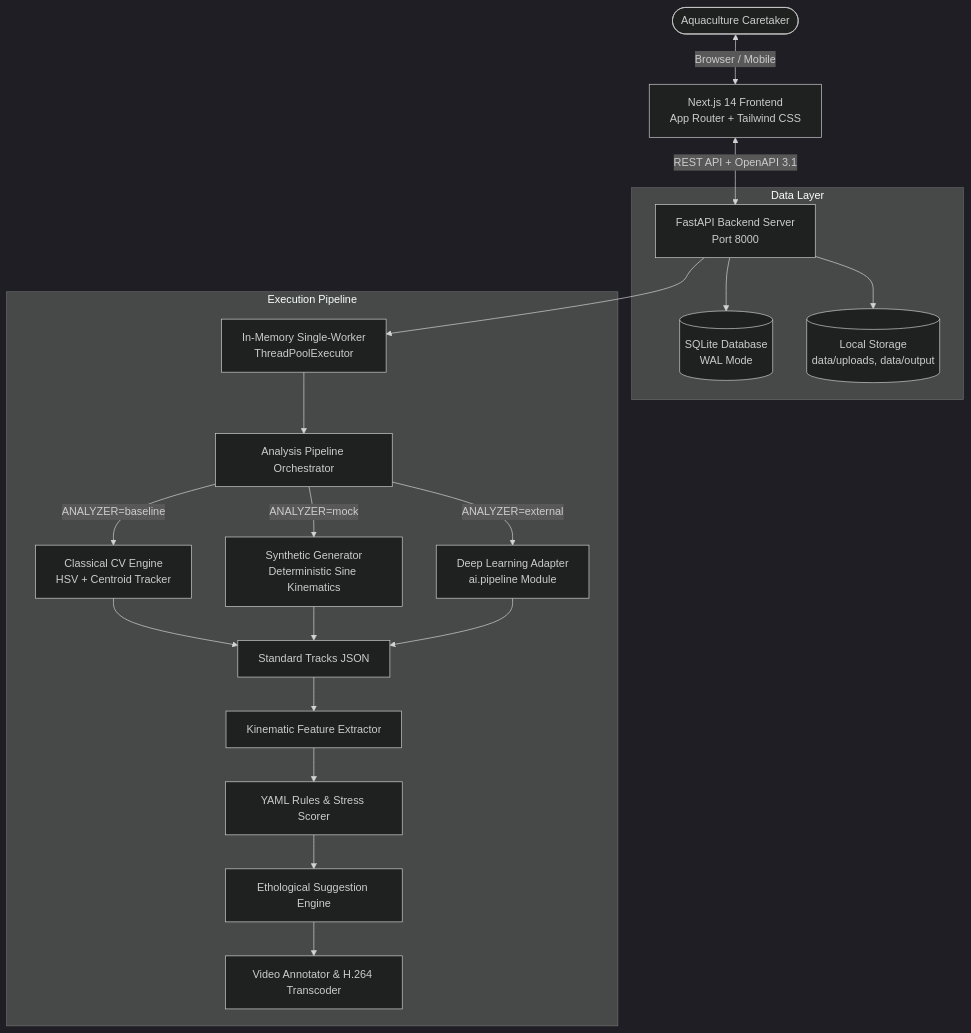
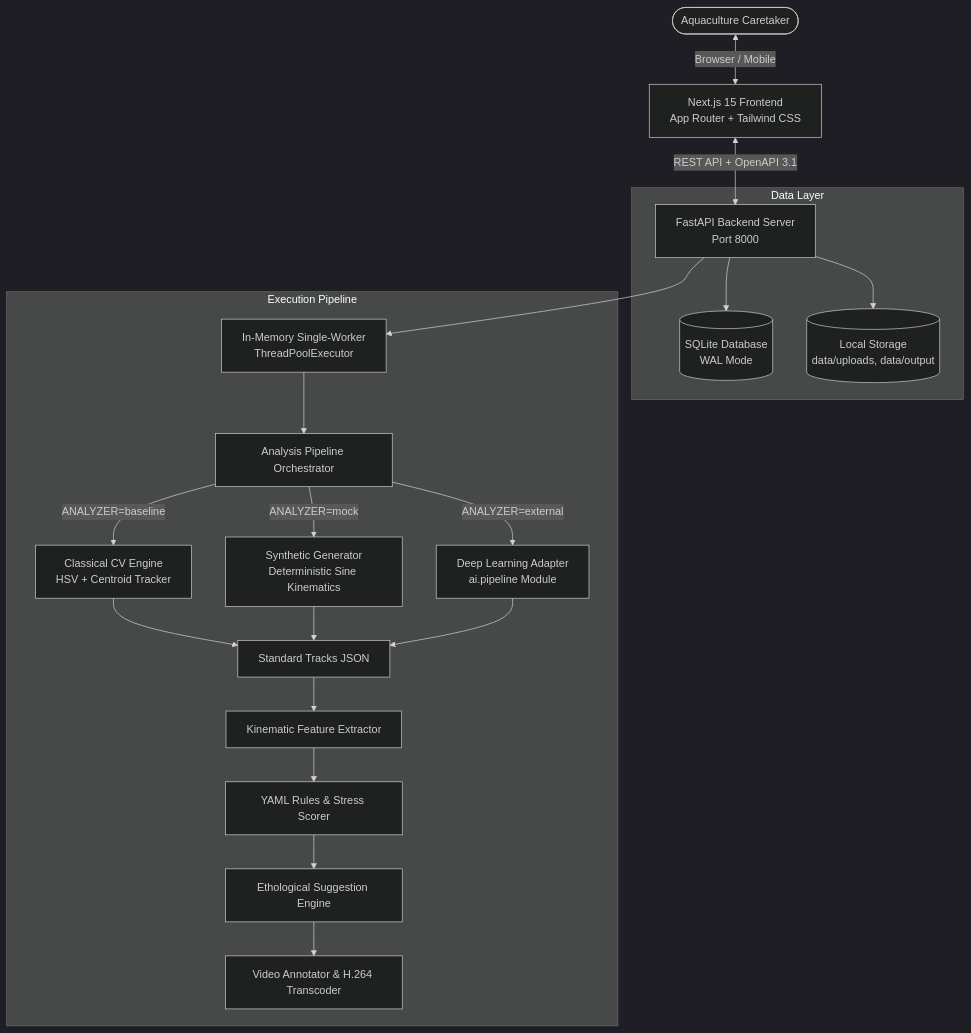
Before and after one commit to c-yogeetha/AI-Meets-Aqua-web: the first of 3 diagrams in docs/ARCHITECTURE.md, drawn with Mermaid (dark theme). The commit also changed 109 other files, not shown here.

````diff
--- a/docs/ARCHITECTURE.md
+++ b/docs/ARCHITECTURE.md
@@ -17,25 +17,25 @@
 ```mermaid
 graph TD
-    User([Aquaculture Caretaker]) <-->|Browser / Mobile| FE[Next.js 14 Frontend<br/>App Router + Tailwind CSS]
+    User([Aquaculture Caretaker]) <-->|Browser / Mobile| FE[Next.js 15 Frontend<br/>App Router + Tailwind CSS]
     FE <-->|REST API + OpenAPI 3.1| BE[FastAPI Backend Server<br/>Port 8000]
     
     subgraph Data Layer
         BE --> DB[(SQLite Database<br/>WAL Mode)]
         BE --> FS[(Local Storage<br/>data/uploads, data/output)]
     end
     
     subgraph Execution Pipeline
         BE --> JQ[In-Memory Single-Worker<br/>ThreadPoolExecutor]
         JQ --> PIPE[Analysis Pipeline Orchestrator]
         
         PIPE -->|ANALYZER=baseline| CV[Classical CV Engine<br/>HSV + Centroid Tracker]
         PIPE -->|ANALYZER=mock| MOCK[Synthetic Generator<br/>Deterministic Sine Kinematics]
         PIPE -->|ANALYZER=external| EXT[Deep Learning Adapter<br/>ai.pipeline Module]
         
         CV & MOCK & EXT --> TRACKS[Standard Tracks JSON]
         TRACKS --> FEAT[Kinematic Feature Extractor]
         FEAT --> SCORE[YAML Rules & Stress Scorer]
         SCORE --> SUGG[Ethological Suggestion Engine]
         SUGG --> REND[Video Annotator & H.264 Transcoder]
     end
 ```
````
